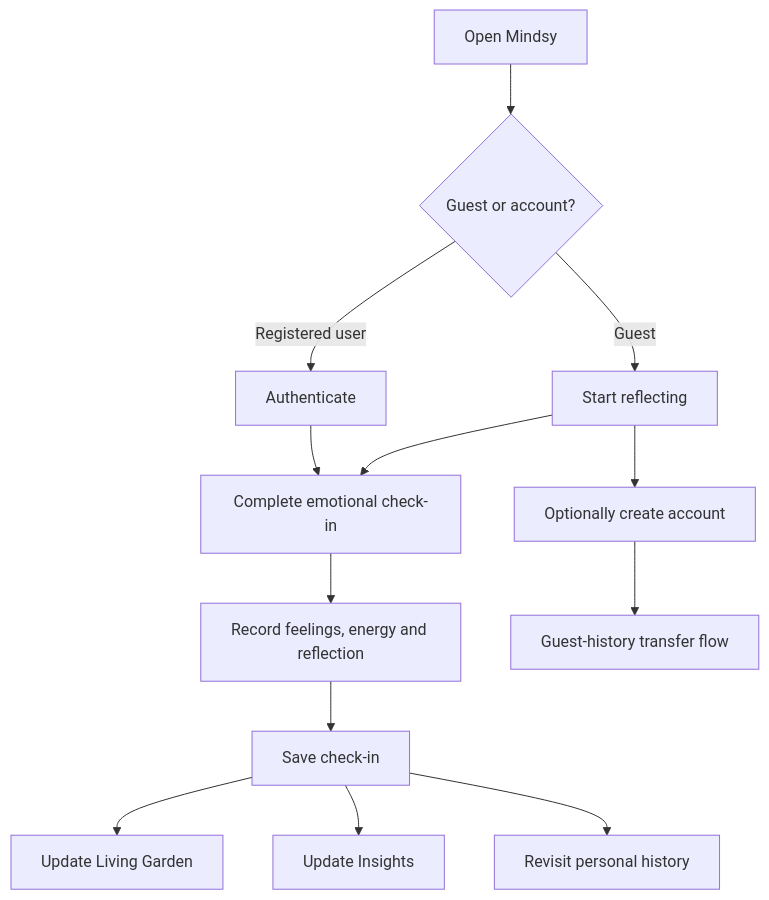
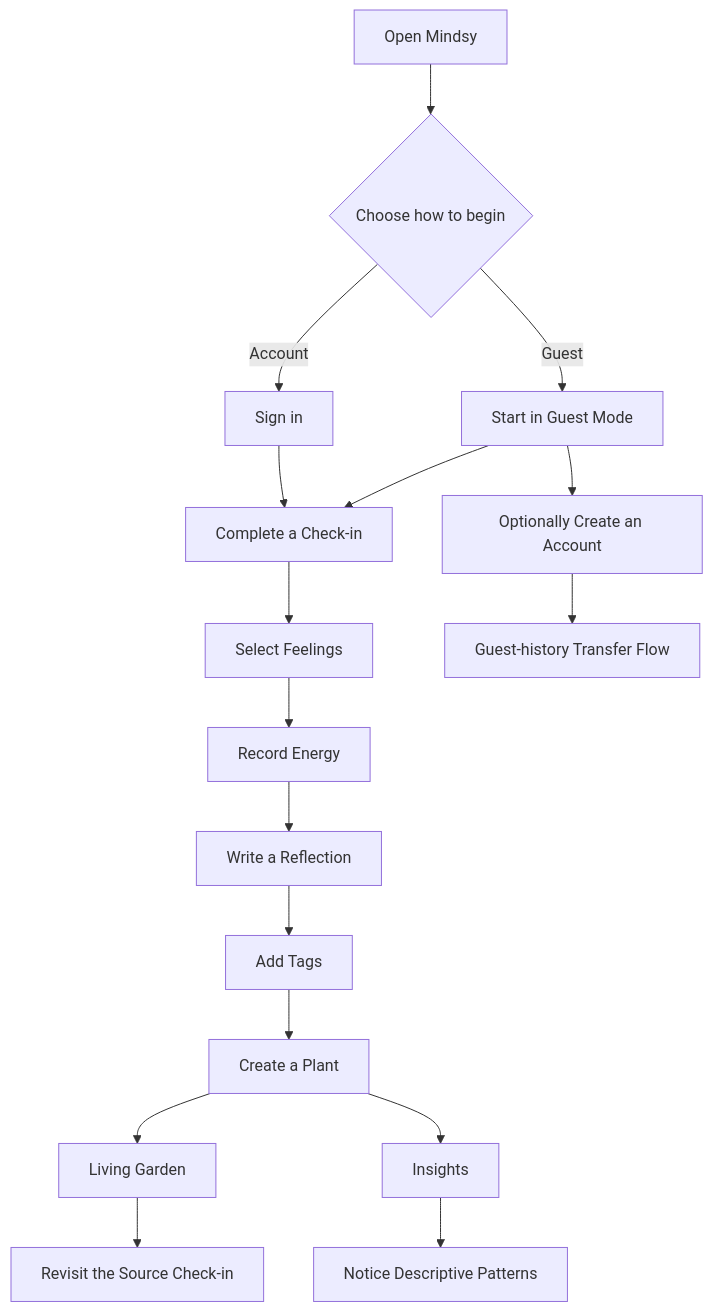
One commit to n0tify/mindsy-mental-health-check-in-agent changed the second of 2 diagrams in README.md. Above: the diagram before and after it, drawn with Mermaid. The commit also changed other lines of this file, not shown here.

````diff
--- a/README.md
+++ b/README.md
@@ -283,15 +258,24 @@
 ```mermaid
 flowchart TD
-    A["Open Mindsy"] --> B{"Guest or account?"}
-    B -->|"Guest"| C["Start reflecting"]
-    B -->|"Registered user"| D["Authenticate"]
-    C --> E["Complete emotional check-in"]
+    A["Open Mindsy"] --> B{"Choose how to begin"}
+    B -->|"Guest"| C["Start in Guest Mode"]
+    B -->|"Account"| D["Sign in"]
+
+    C --> E["Complete a Check-in"]
     D --> E
-    E --> F["Record feelings, energy and reflection"]
-    F --> G["Save check-in"]
-    G --> H["Update Living Garden"]
-    G --> I["Update Insights"]
-    G --> J["Revisit personal history"]
-    C --> K["Optionally create account"]
-    K --> L["Guest-history transfer flow"]
+
+    E --> F["Select Feelings"]
+    F --> G["Record Energy"]
+    G --> H["Write a Reflection"]
+    H --> I["Add Tags"]
+    I --> J["Create a Plant"]
+
+    J --> K["Living Garden"]
+    J --> L["Insights"]
+
+    K --> M["Revisit the Source Check-in"]
+    L --> N["Notice Descriptive Patterns"]
+
+    C --> O["Optionally Create an Account"]
+    O --> P["Guest-history Transfer Flow"]
 ```
````
